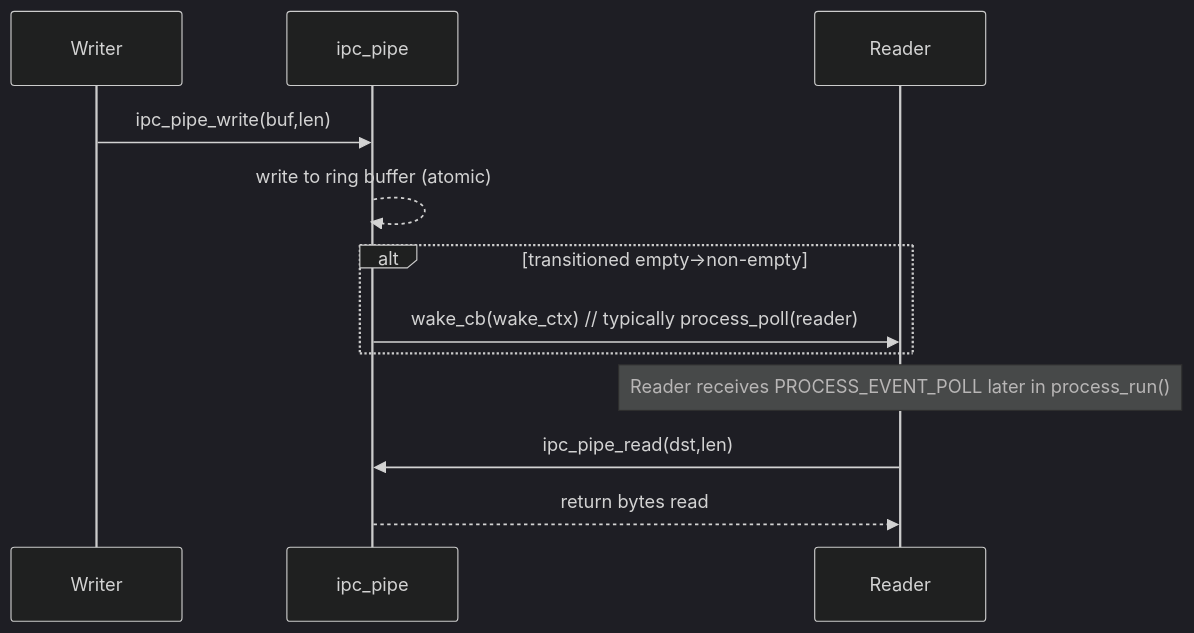
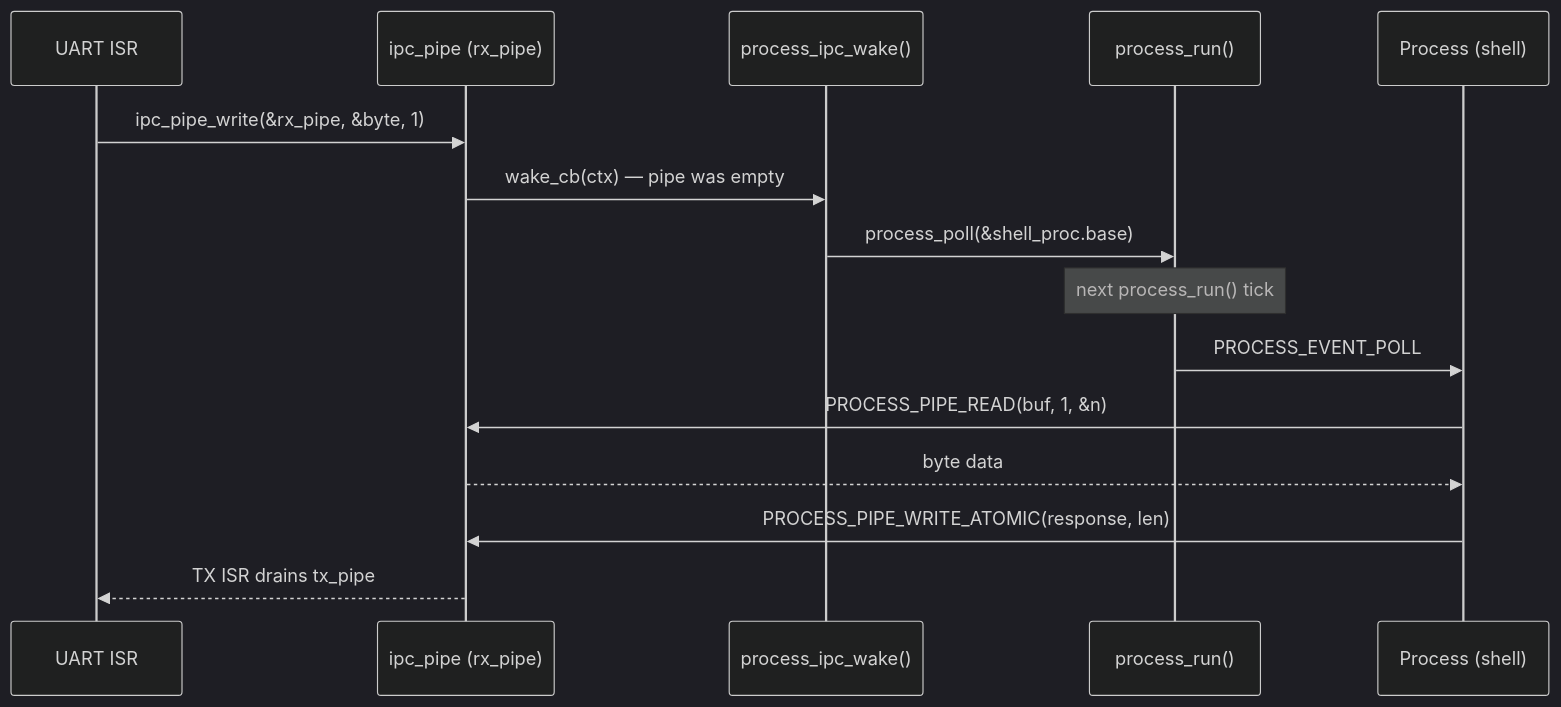
One commit to jklarenbeek/protoduino changed the eighth of 13 diagrams in docs/scheduler.md. Above: the diagram before and after it, drawn with Mermaid (dark theme). The commit also changed other lines of this file and 3 other files, not shown here.

````diff
--- a/docs/scheduler.md
+++ b/docs/scheduler.md
@@ -173,14 +536,18 @@
 ```mermaid
 sequenceDiagram
-  participant Writer
-  participant Pipe as ipc_pipe
-  participant Reader
-  Writer->>Pipe: ipc_pipe_write(buf,len)
-  Pipe-->>Pipe: write to ring buffer (atomic)
-  alt transitioned empty->non-empty
-    Pipe->>Reader: wake_cb(wake_ctx)  // typically process_poll(reader)
-  end
-  Note over Reader: Reader receives PROCESS_EVENT_POLL later in process_run()
-  Reader->>Pipe: ipc_pipe_read(dst,len)
-  Pipe-->>Reader: return bytes read
+    participant ISR as UART ISR
+    participant pipe as ipc_pipe (rx_pipe)
+    participant wake as process_ipc_wake()
+    participant sched as process_run()
+    participant proc as Process (shell)
+
+    ISR->>pipe: ipc_pipe_write(&rx_pipe, &byte, 1)
+    pipe->>wake: wake_cb(ctx) — pipe was empty
+    wake->>sched: process_poll(&shell_proc.base)
+    Note over sched: next process_run() tick
+    sched->>proc: PROCESS_EVENT_POLL
+    proc->>pipe: PROCESS_PIPE_READ(buf, 1, &n)
+    pipe-->>proc: byte data
+    proc->>pipe: PROCESS_PIPE_WRITE_ATOMIC(response, len)
+    pipe-->>ISR: TX ISR drains tx_pipe
 ```
````
